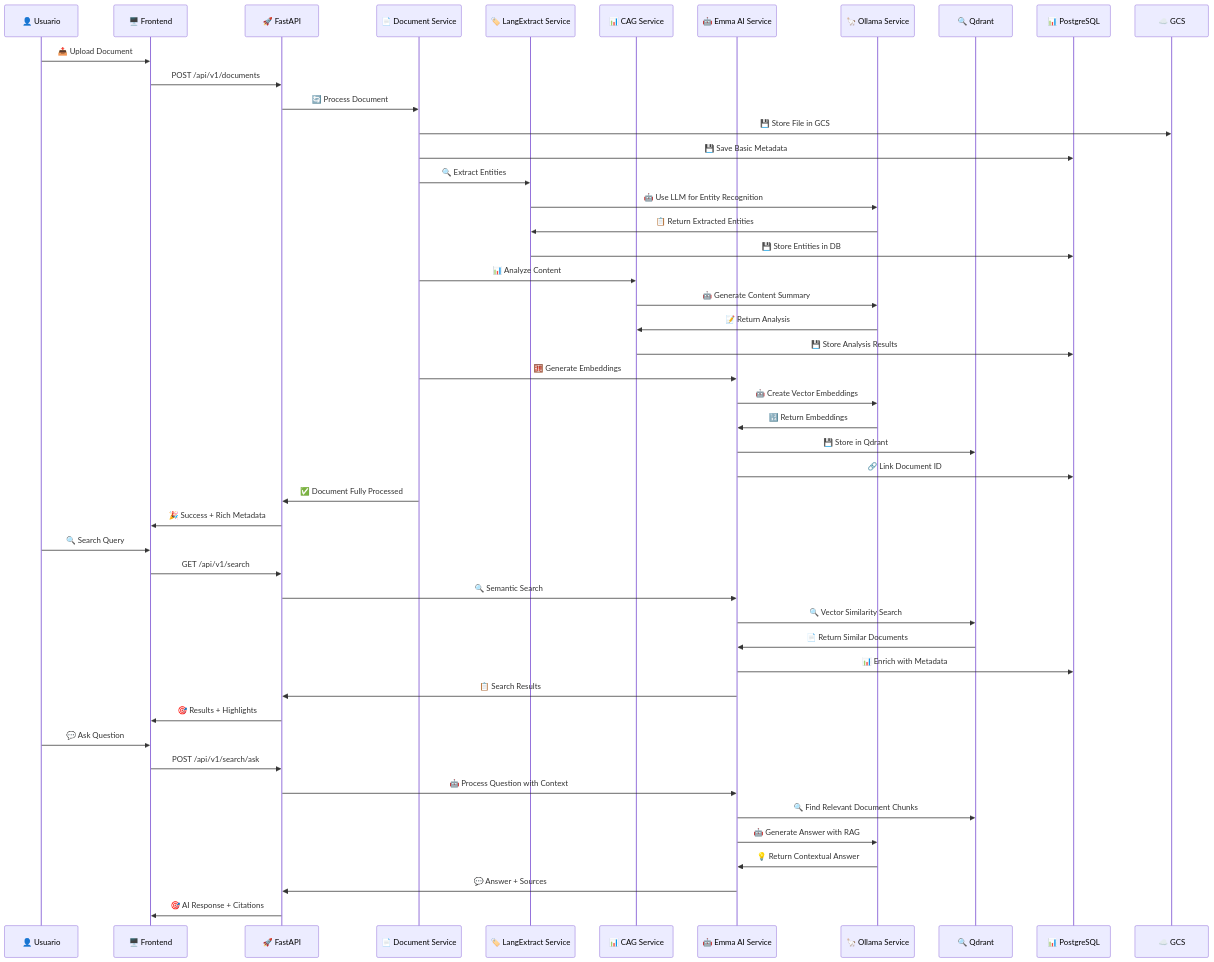
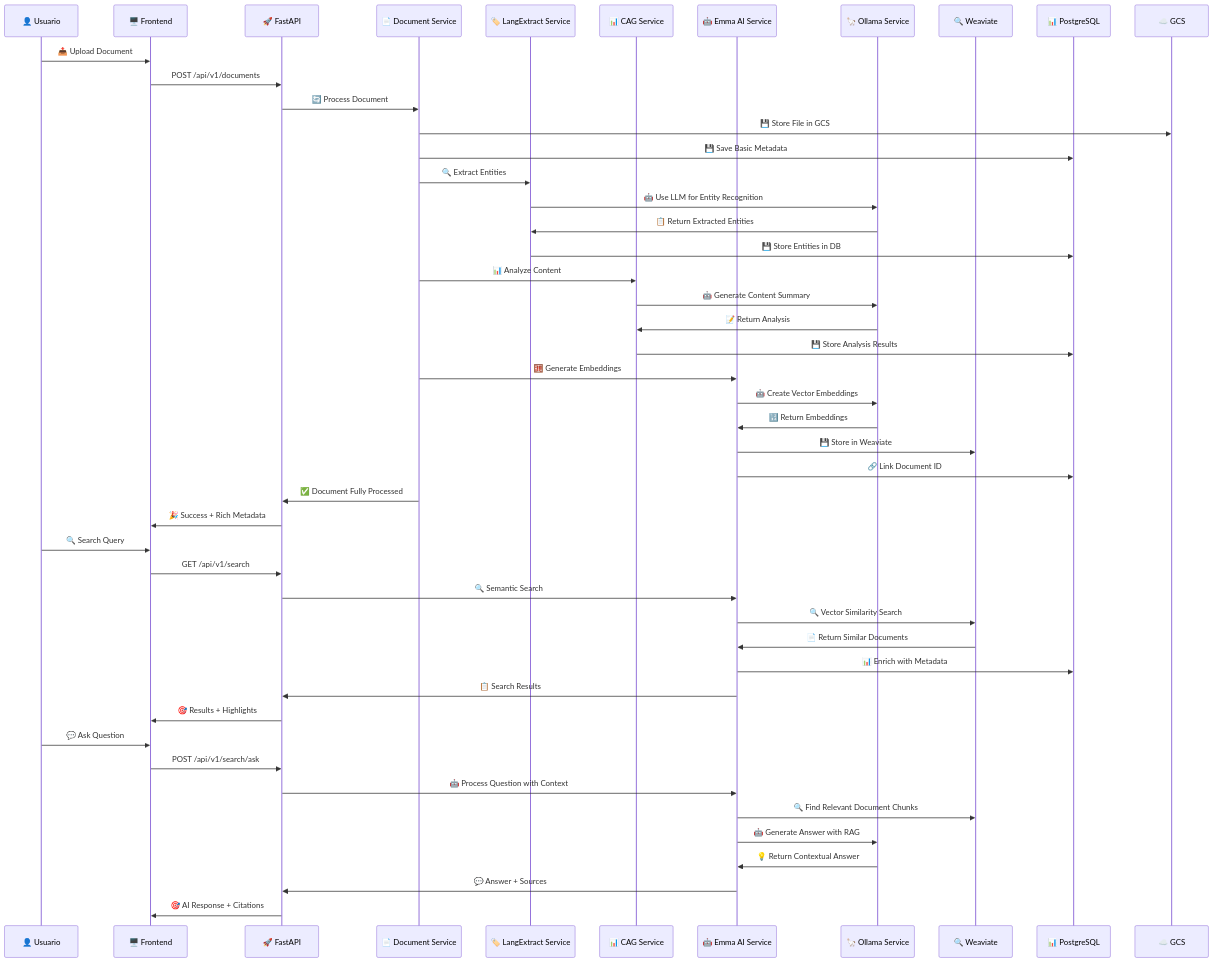
Before and after one commit to horelvis/nexus-documents-ia: the third of 5 diagrams in README.md, drawn with Mermaid. The commit also changed other lines of this file, not shown here.

First line of the commit message:
docs: corregir todas las referencias restantes a Qdrant en README.md

````diff
--- a/README.md
+++ b/README.md
@@ -300,66 +300,66 @@
 ```mermaid
 sequenceDiagram
     participant U as 👤 Usuario
     participant F as 🖥️ Frontend
     participant A as 🚀 FastAPI
     participant D as 📄 Document Service
     participant LE as 🏷️ LangExtract Service
     participant CAG as 📊 CAG Service
     participant E as 🤖 Emma AI Service
     participant O as 🦙 Ollama Service
-    participant Q as 🔍 Qdrant
+    participant W as 🔍 Weaviate
     participant P as 📊 PostgreSQL
     participant G as ☁️ GCS
 
     %% Upload y Procesamiento Inicial
     U->>F: 📤 Upload Document
     F->>A: POST /api/v1/documents
     A->>D: 🔄 Process Document
 
     %% Almacenamiento
     D->>G: 💾 Store File in GCS
     D->>P: 💾 Save Basic Metadata
 
     %% Extracción de Entidades (Automática)
     D->>LE: 🔍 Extract Entities
     LE->>O: 🤖 Use LLM for Entity Recognition
     O->>LE: 📋 Return Extracted Entities
     LE->>P: 💾 Store Entities in DB
 
     %% Análisis de Contenido
     D->>CAG: 📊 Analyze Content
     CAG->>O: 🤖 Generate Content Summary
     O->>CAG: 📝 Return Analysis
     CAG->>P: 💾 Store Analysis Results
 
     %% Generación de Embeddings
     D->>E: 🧮 Generate Embeddings
     E->>O: 🤖 Create Vector Embeddings
     O->>E: 🔢 Return Embeddings
-    E->>Q: 💾 Store in Qdrant
+    E->>W: 💾 Store in Weaviate
     E->>P: 🔗 Link Document ID
 
     %% Respuesta Final
     D->>A: ✅ Document Fully Processed
     A->>F: 🎉 Success + Rich Metadata
 
     %% Búsqueda Semántica
     U->>F: 🔍 Search Query
     F->>A: GET /api/v1/search
     A->>E: 🔍 Semantic Search
-    E->>Q: 🔍 Vector Similarity Search
-    Q->>E: 📄 Return Similar Documents
+    E->>W: 🔍 Vector Similarity Search
+    W->>E: 📄 Return Similar Documents
     E->>P: 📊 Enrich with Metadata
     E->>A: 📋 Search Results
     A->>F: 🎯 Results + Highlights
 
     %% Chat con Documentos
     U->>F: 💬 Ask Question
     F->>A: POST /api/v1/search/ask
     A->>E: 🤖 Process Question with Context
-    E->>Q: 🔍 Find Relevant Document Chunks
+    E->>W: 🔍 Find Relevant Document Chunks
     E->>O: 🤖 Generate Answer with RAG
     O->>E: 💡 Return Contextual Answer
     E->>A: 💬 Answer + Sources
     A->>F: 🎯 AI Response + Citations
 ```
````
